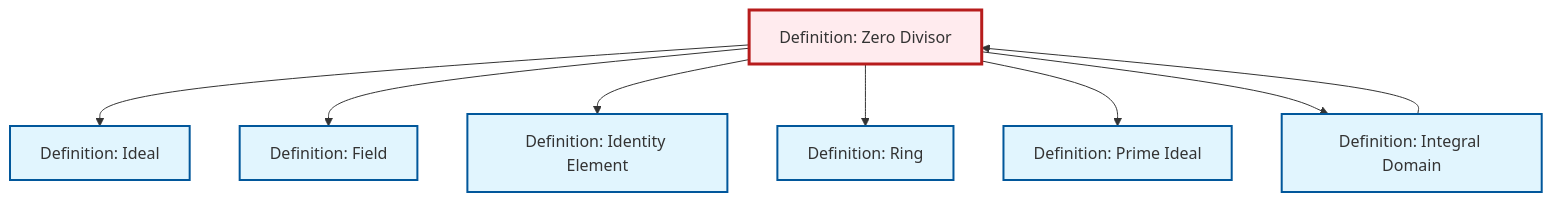
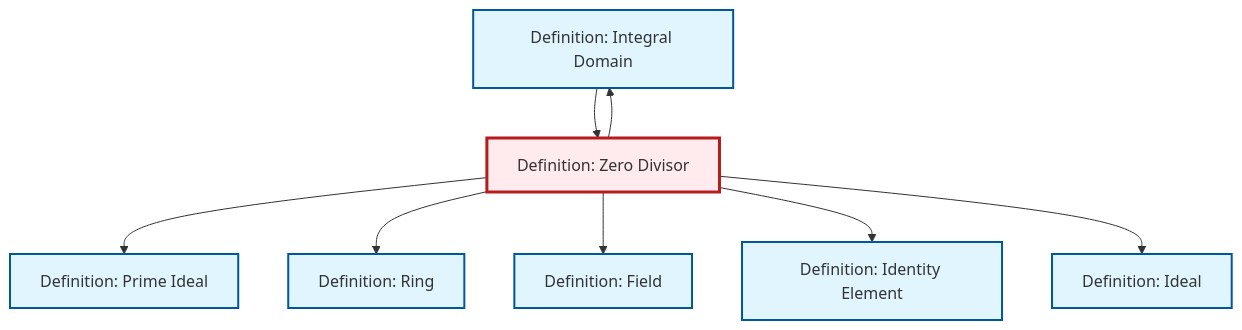
Before and after one commit to RK0429/ModernMath: the diagram in content/en/algebra/def-zero-divisor.qmd, drawn with Mermaid. The commit also changed other lines of this file and 1012 other files, not shown here.

````diff
--- a/content/en/algebra/def-zero-divisor.qmd
+++ b/content/en/algebra/def-zero-divisor.qmd
@@ -118,30 +118,30 @@
 ```{mermaid}
 %%| fig-cap: "Local dependency graph"
 graph TD
     classDef definition fill:#e1f5fe,stroke:#01579b,stroke-width:2px
     classDef theorem fill:#f3e5f5,stroke:#4a148c,stroke-width:2px
     classDef axiom fill:#fff3e0,stroke:#e65100,stroke-width:2px
     classDef example fill:#e8f5e9,stroke:#1b5e20,stroke-width:2px
     classDef current fill:#ffebee,stroke:#b71c1c,stroke-width:3px
+    def-field["Definition: Field"]:::definition
+    def-identity-element["Definition: Identity Element"]:::definition
+    def-ring["Definition: Ring"]:::definition
+    def-prime-ideal["Definition: Prime Ideal"]:::definition
+    def-integral-domain["Definition: Integral Domain"]:::definition
+    def-ideal["Definition: Ideal"]:::definition
     def-zero-divisor["Definition: Zero Divisor"]:::definition
-    def-prime-ideal["Definition: Prime Ideal"]:::definition
-    def-ideal["Definition: Ideal"]:::definition
-    def-field["Definition: Field"]:::definition
-    def-integral-domain["Definition: Integral Domain"]:::definition
-    def-ring["Definition: Ring"]:::definition
-    def-identity-element["Definition: Identity Element"]:::definition
+    def-zero-divisor --> def-prime-ideal
+    def-zero-divisor --> def-ring
+    def-integral-domain --> def-zero-divisor
+    def-zero-divisor --> def-field
+    def-zero-divisor --> def-identity-element
     def-zero-divisor --> def-ideal
-    def-zero-divisor --> def-field
-    def-integral-domain --> def-zero-divisor
-    def-zero-divisor --> def-identity-element
-    def-zero-divisor --> def-ring
-    def-zero-divisor --> def-prime-ideal
     def-zero-divisor --> def-integral-domain
     class def-zero-divisor current
+    click def-field "def-field.html" "Go to Field definition"
+    click def-identity-element "def-identity-element.html" "Go to Identity Element definition"
+    click def-ring "def-ring.html" "Go to Ring definition"
     click def-prime-ideal "def-prime-ideal.html" "Go to Prime Ideal definition"
+    click def-integral-domain "def-integral-domain.html" "Go to Integral Domain definition"
     click def-ideal "def-ideal.html" "Go to Ideal definition"
-    click def-field "def-field.html" "Go to Field definition"
-    click def-integral-domain "def-integral-domain.html" "Go to Integral Domain definition"
-    click def-ring "def-ring.html" "Go to Ring definition"
-    click def-identity-element "def-identity-element.html" "Go to Identity Element definition"
 ```
````
